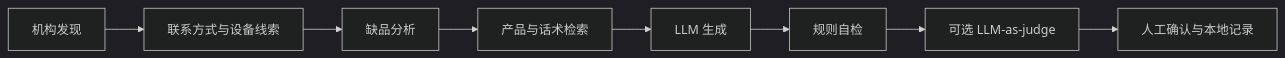
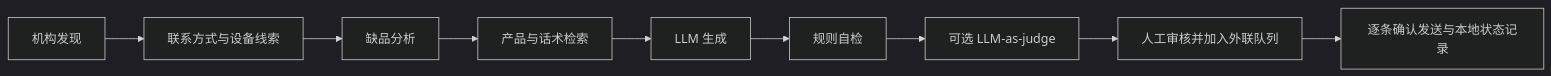
One commit to inervers/Tradewind changed the diagram in README.md. Above: the diagram before and after it, drawn with Mermaid (dark theme). The commit also changed other lines of this file and 32 other files, not shown here.

````diff
--- a/README.md
+++ b/README.md
@@ -44,10 +44,11 @@
 ```mermaid
 flowchart LR
     A[机构发现] --> B[联系方式与设备线索]
     B --> C[缺品分析]
     C --> D[产品与话术检索]
     D --> E[LLM 生成]
     E --> F[规则自检]
     F --> G[可选 LLM-as-judge]
-    G --> H[人工确认与本地记录]
+    G --> H[人工审核并加入外联队列]
+    H --> I[逐条确认发送与本地状态记录]
 ```
````
